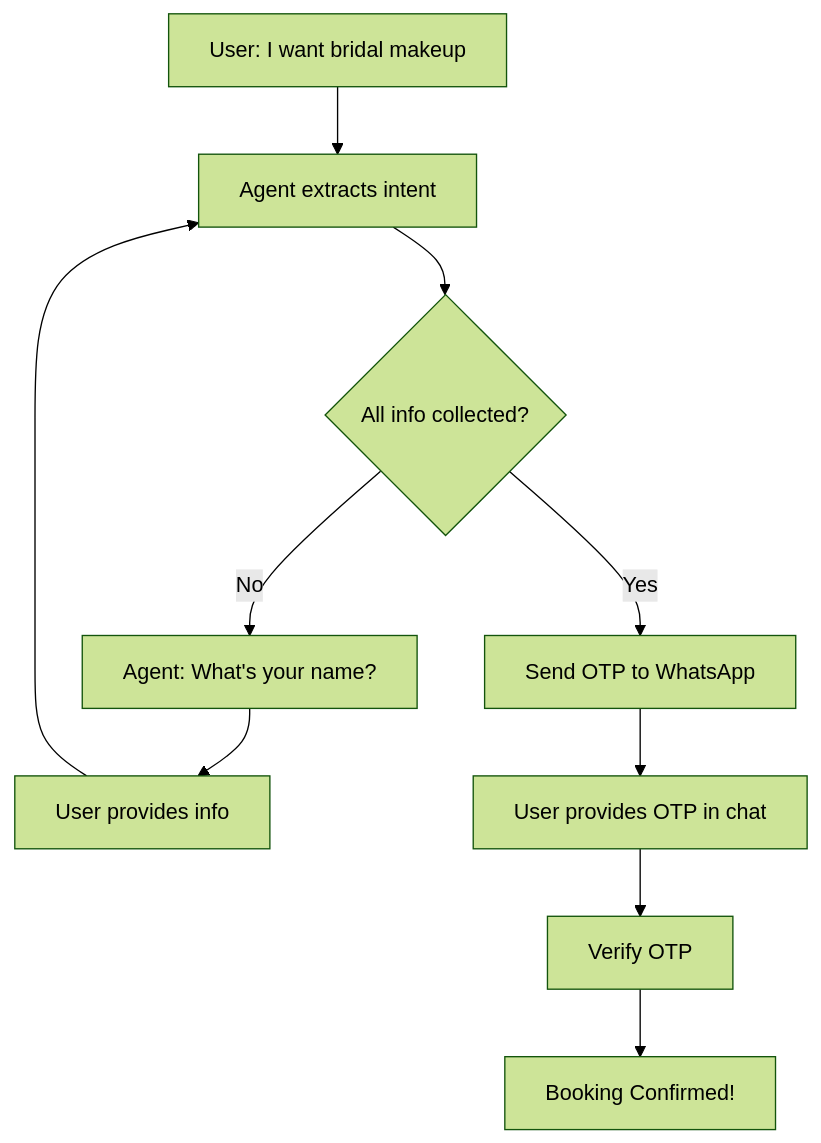
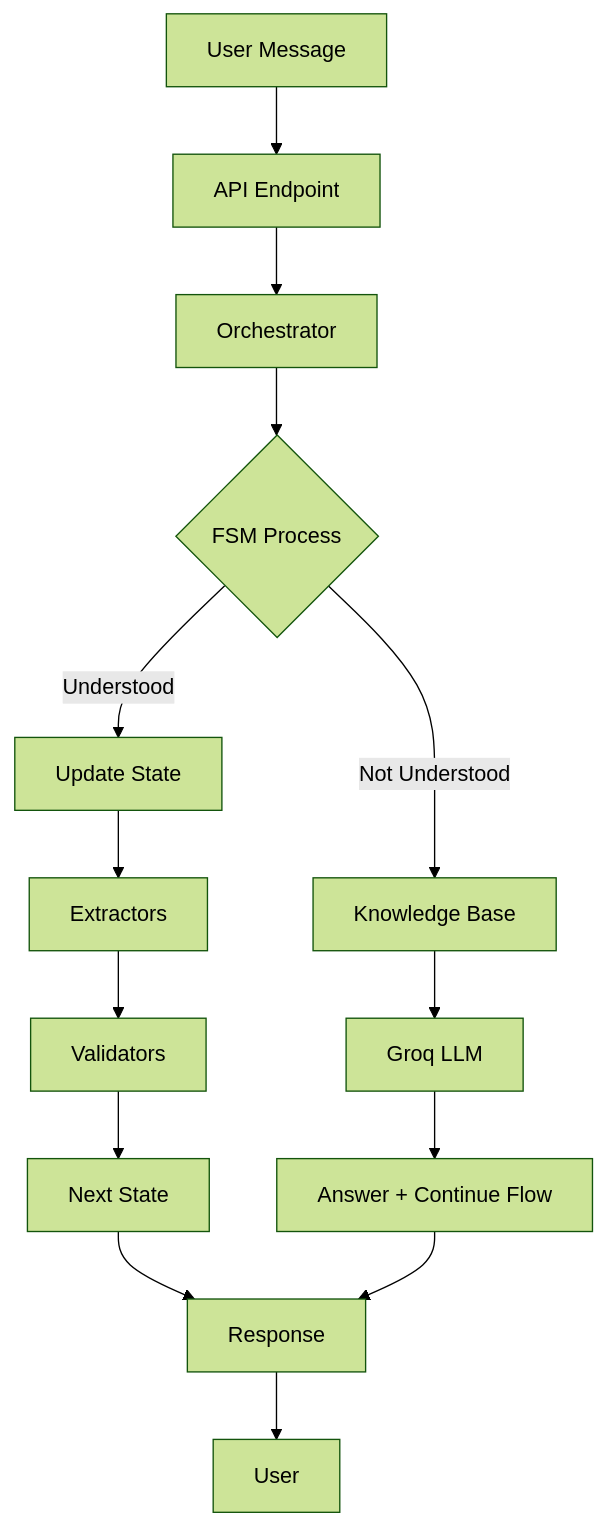
One commit to rupesh3433/chirag-sharma-backend changed the diagram in README.md. Above: the diagram before and after it, drawn with Mermaid (forest theme). The commit also changed other lines of this file and 1 other file, not shown here.

````diff
--- a/README.md
+++ b/README.md
@@ -179,12 +189,16 @@
 ```mermaid
 graph TD
-    A[User: I want bridal makeup] --> B[Agent extracts intent]
-    B --> C{All info collected?}
-    C -->|No| D[Agent: What's your name?]
-    D --> E[User provides info]
-    E --> B
-    C -->|Yes| F[Send OTP to WhatsApp]
-    F --> G[User provides OTP in chat]
-    G --> H[Verify OTP]
-    H --> I[Booking Confirmed!]
+    A[User Message] --> B[API Endpoint]
+    B --> C[Orchestrator]
+    C --> D{FSM Process}
+    D -->|Understood| E[Update State]
+    D -->|Not Understood| F[Knowledge Base]
+    E --> G[Extractors]
+    G --> H[Validators]
+    H --> I[Next State]
+    F --> J[Groq LLM]
+    J --> K[Answer + Continue Flow]
+    I --> L[Response]
+    K --> L
+    L --> M[User]
 ```
````
